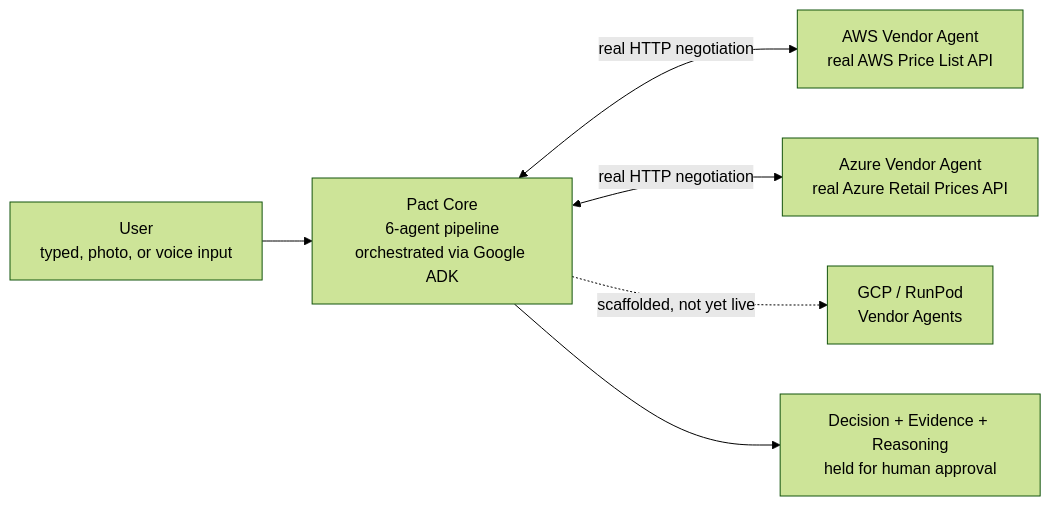
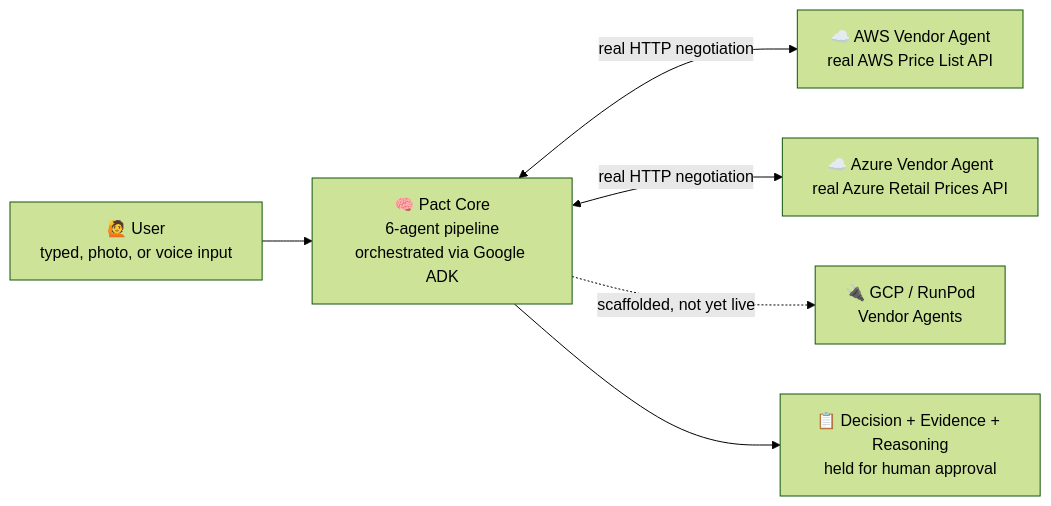
Before and after one commit to maha-rk/pact: the fourth of 6 diagrams in README.md, drawn with Mermaid (forest theme). The commit also changed other lines of this file, not shown here.

First line of the commit message:
Make README more visually distinctive; add Agent Commerce framing

````diff
--- a/README.md
+++ b/README.md
@@ -266,8 +312,8 @@
 ```mermaid
 flowchart LR
-    USER["User<br/>typed, photo, or voice input"] --> CORE["Pact Core<br/>6-agent pipeline<br/>orchestrated via Google ADK"]
-    CORE <-->|real HTTP negotiation| AWS["AWS Vendor Agent<br/>real AWS Price List API"]
-    CORE <-->|real HTTP negotiation| AZURE["Azure Vendor Agent<br/>real Azure Retail Prices API"]
-    CORE -.->|scaffolded, not yet live| OTHER["GCP / RunPod<br/>Vendor Agents"]
-    CORE --> DECISION["Decision + Evidence + Reasoning<br/>held for human approval"]
+    USER["🙋 User<br/>typed, photo, or voice input"] --> CORE["🧠 Pact Core<br/>6-agent pipeline<br/>orchestrated via Google ADK"]
+    CORE <-->|real HTTP negotiation| AWS["☁️ AWS Vendor Agent<br/>real AWS Price List API"]
+    CORE <-->|real HTTP negotiation| AZURE["☁️ Azure Vendor Agent<br/>real Azure Retail Prices API"]
+    CORE -.->|scaffolded, not yet live| OTHER["🔌 GCP / RunPod<br/>Vendor Agents"]
+    CORE --> DECISION["📋 Decision + Evidence + Reasoning<br/>held for human approval"]
 ```
````
